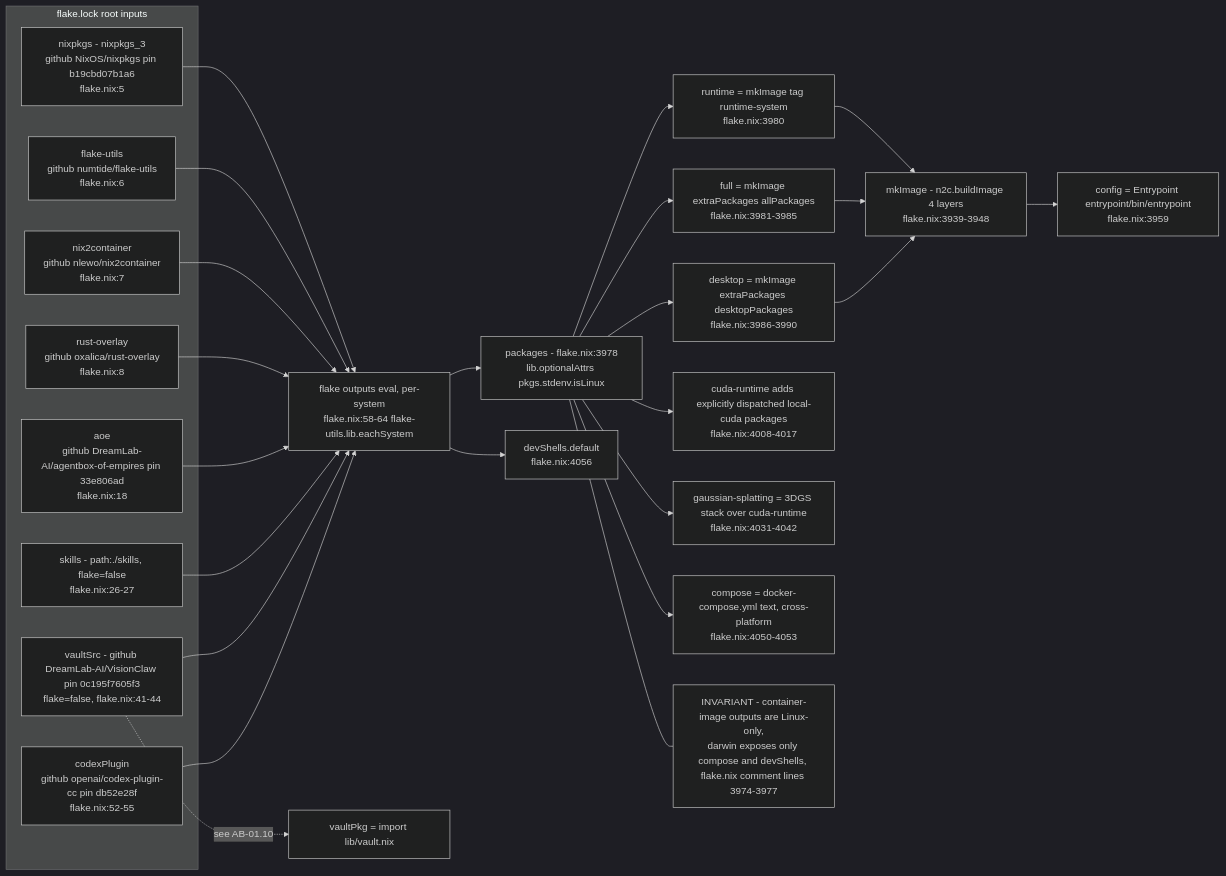
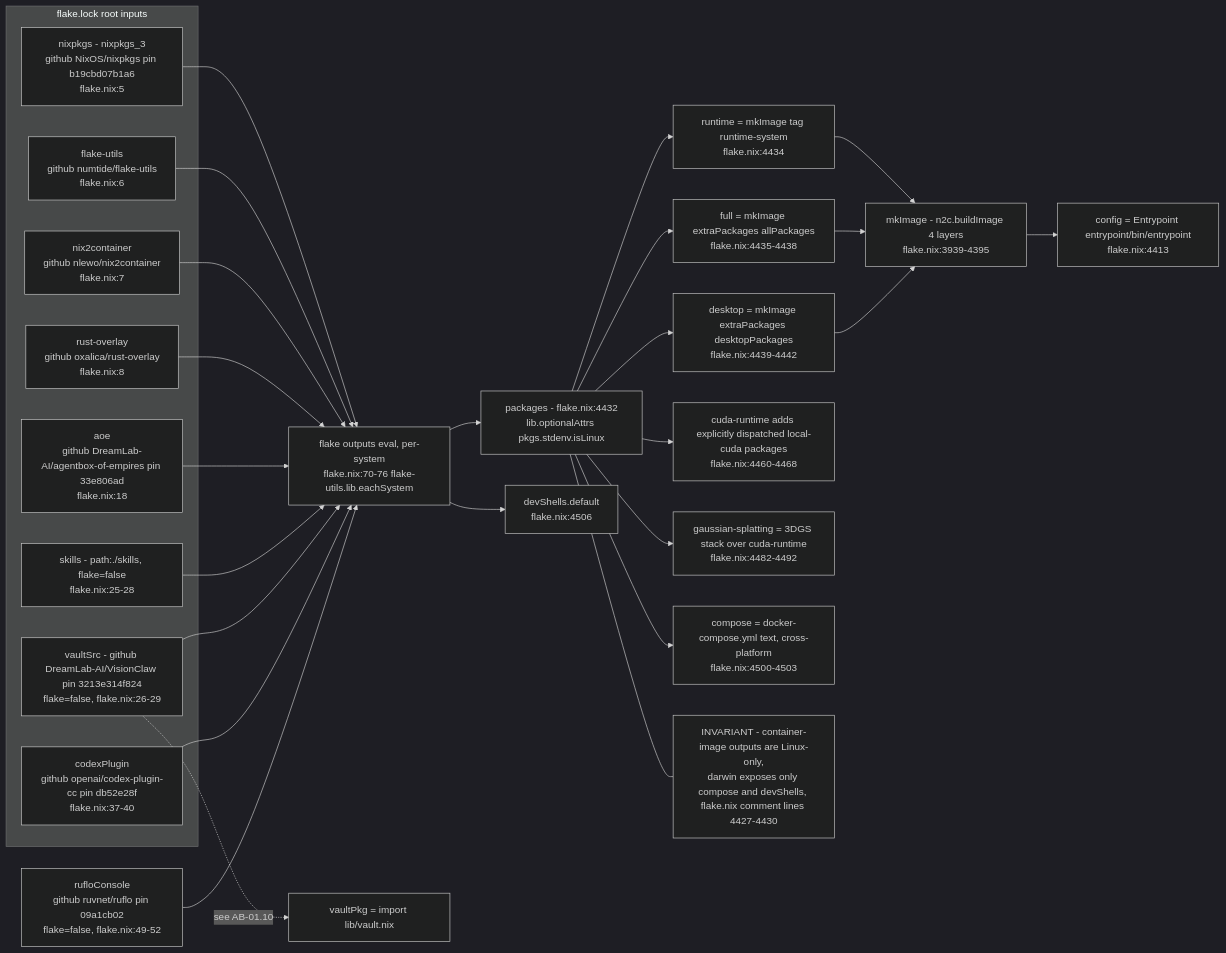
Before and after one commit to DreamLab-AI/VisionFlow: the eighth of 10 diagrams in docs/diagrams/agentbox/01-nix-flake-composition.md, drawn with Mermaid (dark theme). The commit also changed other lines of this file and 111 other files, not shown here.

Commit message:
docs(diagrams): align estate maps with current source

````diff
--- a/docs/diagrams/agentbox/01-nix-flake-composition.md
+++ b/docs/diagrams/agentbox/01-nix-flake-composition.md
@@ -354,42 +349,44 @@
 ```mermaid
 flowchart LR
     subgraph INPUTS["flake.lock root inputs"]
         NIXPKGS["nixpkgs - nixpkgs_3<br/>github NixOS/nixpkgs pin b19cbd07b1a6<br/>flake.nix:5"]
         FU["flake-utils<br/>github numtide/flake-utils<br/>flake.nix:6"]
         N2C["nix2container<br/>github nlewo/nix2container<br/>flake.nix:7"]
         RO["rust-overlay<br/>github oxalica/rust-overlay<br/>flake.nix:8"]
         AOE["aoe<br/>github DreamLab-AI/agentbox-of-empires pin 33e806ad<br/>flake.nix:18"]
-        SKILLS["skills - path:./skills, flake=false<br/>flake.nix:26-27"]
-        VAULTSRC["vaultSrc - github DreamLab-AI/VisionClaw pin 0c195f7605f3<br/>flake=false, flake.nix:41-44"]
-        CODEX["codexPlugin<br/>github openai/codex-plugin-cc pin db52e28f<br/>flake.nix:52-55"]
+        SKILLS["skills - path:./skills, flake=false<br/>flake.nix:25-28"]
+        VAULTSRC["vaultSrc - github DreamLab-AI/VisionClaw pin 3213e314f824<br/>flake=false, flake.nix:26-29"]
+        CODEX["codexPlugin<br/>github openai/codex-plugin-cc pin db52e28f<br/>flake.nix:37-40"]
     end
 
-    NIXPKGS --> EVAL["flake outputs eval, per-system<br/>flake.nix:58-64 flake-utils.lib.eachSystem"]
+    NIXPKGS --> EVAL["flake outputs eval, per-system<br/>flake.nix:70-76 flake-utils.lib.eachSystem"]
     FU --> EVAL
     N2C --> EVAL
     RO --> EVAL
     AOE --> EVAL
     SKILLS --> EVAL
     VAULTSRC --> EVAL
     CODEX --> EVAL
+    RUFLO["rufloConsole<br/>github ruvnet/ruflo pin 09a1cb02<br/>flake=false, flake.nix:49-52"]
+    RUFLO --> EVAL
 
-    EVAL --> PACKAGES["packages - flake.nix:3978<br/>lib.optionalAttrs pkgs.stdenv.isLinux"]
-    EVAL --> DEVSHELL["devShells.default<br/>flake.nix:4056"]
+    EVAL --> PACKAGES["packages - flake.nix:4432<br/>lib.optionalAttrs pkgs.stdenv.isLinux"]
+    EVAL --> DEVSHELL["devShells.default<br/>flake.nix:4506"]
 
-    PACKAGES --> RUNTIME["runtime = mkImage tag runtime-system<br/>flake.nix:3980"]
-    PACKAGES --> FULL["full = mkImage extraPackages allPackages<br/>flake.nix:3981-3985"]
-    PACKAGES --> DESKTOP["desktop = mkImage extraPackages desktopPackages<br/>flake.nix:3986-3990"]
-    PACKAGES --> CUDART["cuda-runtime adds explicitly dispatched local-cuda packages<br/>flake.nix:4008-4017"]
-    PACKAGES --> GSPLAT["gaussian-splatting = 3DGS stack over cuda-runtime<br/>flake.nix:4031-4042"]
-    PACKAGES --> COMPOSE["compose = docker-compose.yml text, cross-platform<br/>flake.nix:4050-4053"]
+    PACKAGES --> RUNTIME["runtime = mkImage tag runtime-system<br/>flake.nix:4434"]
+    PACKAGES --> FULL["full = mkImage extraPackages allPackages<br/>flake.nix:4435-4438"]
+    PACKAGES --> DESKTOP["desktop = mkImage extraPackages desktopPackages<br/>flake.nix:4439-4442"]
+    PACKAGES --> CUDART["cuda-runtime adds explicitly dispatched local-cuda packages<br/>flake.nix:4460-4468"]
+    PACKAGES --> GSPLAT["gaussian-splatting = 3DGS stack over cuda-runtime<br/>flake.nix:4482-4492"]
+    PACKAGES --> COMPOSE["compose = docker-compose.yml text, cross-platform<br/>flake.nix:4500-4503"]
 
-    RUNTIME --> MKIMG["mkImage - n2c.buildImage 4 layers<br/>flake.nix:3939-3948"]
+    RUNTIME --> MKIMG["mkImage - n2c.buildImage 4 layers<br/>flake.nix:3939-4395"]
     FULL --> MKIMG
     DESKTOP --> MKIMG
 
-    MKIMG --> ENTRYPOINT["config = Entrypoint entrypoint/bin/entrypoint<br/>flake.nix:3959"]
+    MKIMG --> ENTRYPOINT["config = Entrypoint entrypoint/bin/entrypoint<br/>flake.nix:4413"]
     VAULTSRC -.->|"see AB-01.10"| VAULTPKG["vaultPkg = import lib/vault.nix"]
 
-    NOTE1["INVARIANT - container-image outputs are Linux-only,<br/>darwin exposes only compose and devShells, flake.nix comment lines 3974-3977"]
+    NOTE1["INVARIANT - container-image outputs are Linux-only,<br/>darwin exposes only compose and devShells, flake.nix comment lines 4427-4430"]
     PACKAGES --- NOTE1
 ```
````
